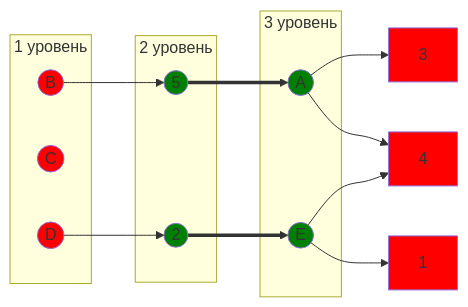
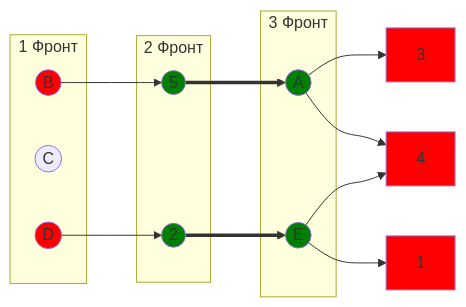
The second of 11 diagrams in Задание 8/DIVI.md (algos-ris-24-5/manual-tasks), drawn with Mermaid before and after one commit. The commit also changed other lines of this file, not shown here.

````diff
--- a/Задание 8/DIVI.md
+++ b/Задание 8/DIVI.md
@@ -49,32 +46,31 @@
 ```mermaid
 graph LR
-    subgraph "1 уровень"
+    subgraph "1 Фронт"
         B((B))
         C((C))
         D((D))
     end
-    subgraph "2 уровень"
+    subgraph "2 Фронт"
         5((5))
         2((2))
     end
-    subgraph "3 уровень"
+    subgraph "3 Фронт"
         A((A))
         E((E))
     end
     B --> 5 ==> A --> 3
     A --> 4
     E --> 4
     D --> 2 ==> E --> 1
 
     
     style B fill:#FF0000
-    style C fill:#FF0000
     style D fill:#FF0000
     style A fill:#008000
     style E fill:#008000
     style 5 fill:#008000
     style 2 fill:#008000
     style 1 fill:#FF0000
     style 3 fill:#FF0000
     style 4 fill:#FF0000
 ```
````
